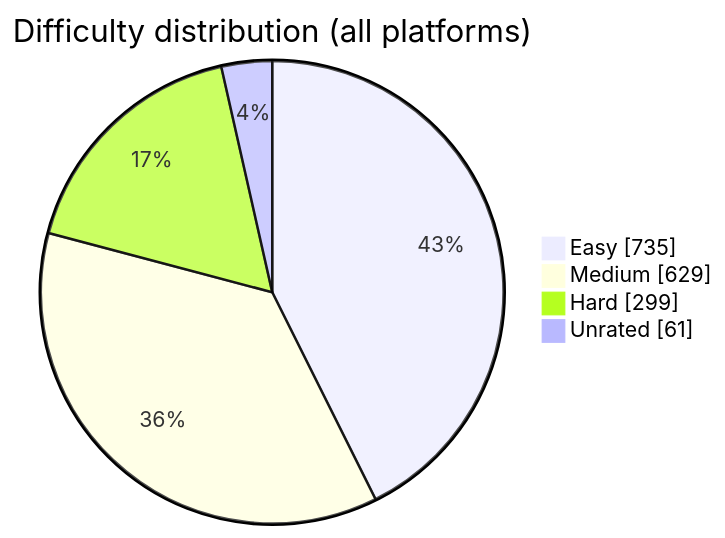
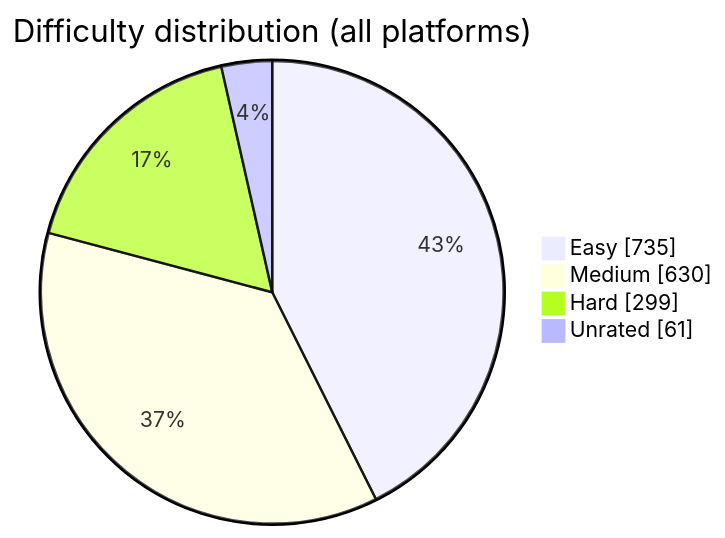
One commit to BuildbyArindam/Daily-Coding-Log changed the diagram in README.md. Above: the diagram before and after it, drawn with Mermaid. The commit also changed other lines of this file, not shown here.

````diff
--- a/README.md
+++ b/README.md
@@ -93,7 +93,7 @@
 ```mermaid
 pie showData title Difficulty distribution (all platforms)
     "Easy" : 735
-    "Medium" : 629
+    "Medium" : 630
     "Hard" : 299
     "Unrated" : 61
 ```
````
